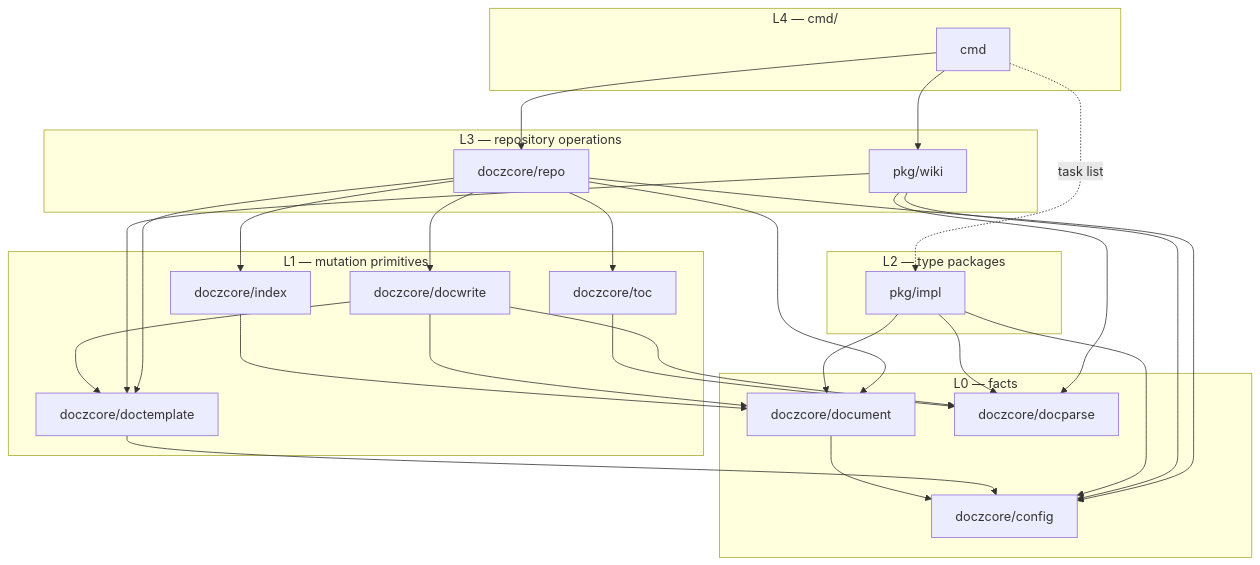
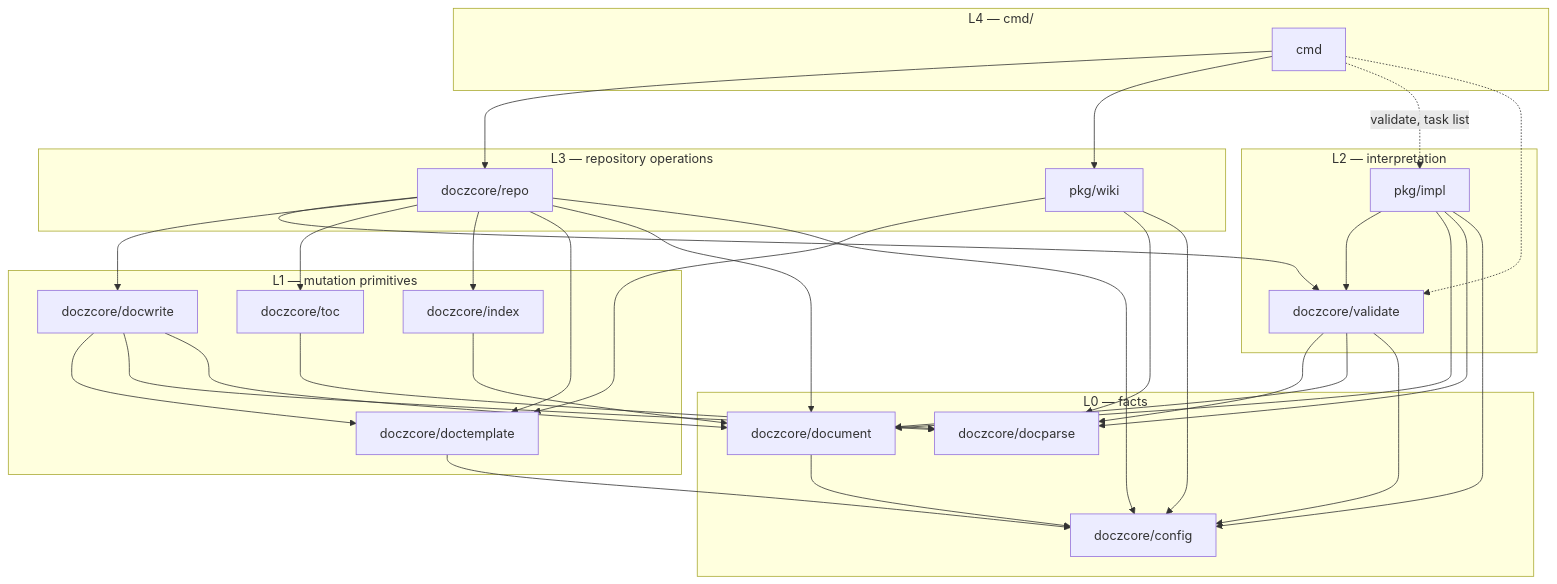
One commit to donaldgifford/docz changed the first of 15 diagrams in docs/design/0014-the-docz-api-as-one-unit-packages-types-functions-and-the-cmd.md. Above: the diagram before and after it, drawn with Mermaid. The commit also changed other lines of this file and 3 other files, not shown here.

````diff
--- a/docs/design/0014-the-docz-api-as-one-unit-packages-types-functions-and-the-cmd.md
+++ b/docs/design/0014-the-docz-api-as-one-unit-packages-types-functions-and-the-cmd.md
@@ -147,46 +168,53 @@
 ```mermaid
 flowchart TD
   subgraph L4 ["L4 — cmd/"]
     cmd
   end
   subgraph L3 ["L3 — repository operations"]
     repo["doczcore/repo"]
     wiki["pkg/wiki"]
   end
-  subgraph L2 ["L2 — type packages"]
+  subgraph L2 ["L2 — interpretation"]
     impl["pkg/impl"]
+    validate["doczcore/validate"]
   end
   subgraph L1 ["L1 — mutation primitives"]
     docwrite["doczcore/docwrite"]
     toc["doczcore/toc"]
     index["doczcore/index"]
     doctemplate["doczcore/doctemplate"]
   end
   subgraph L0 ["L0 — facts"]
     config["doczcore/config"]
     document["doczcore/document"]
     docparse["doczcore/docparse"]
   end
   cmd --> repo
   cmd --> wiki
-  cmd -.->|task list| impl
+  cmd -.->|validate, task list| impl
+  cmd -.-> validate
+  repo --> validate
+  impl --> validate
+  validate --> docparse
+  validate --> document
+  validate --> config
   repo --> docwrite
   repo --> toc
   repo --> index
   repo --> doctemplate
   repo --> document
   repo --> config
   wiki --> doctemplate
   wiki --> docparse
   wiki --> config
   impl --> document
   impl --> docparse
   impl --> config
   docwrite --> doctemplate
   docwrite --> docparse
   docwrite --> document
   toc --> docparse
   index --> document
   doctemplate --> config
   document --> config
 ```
````
